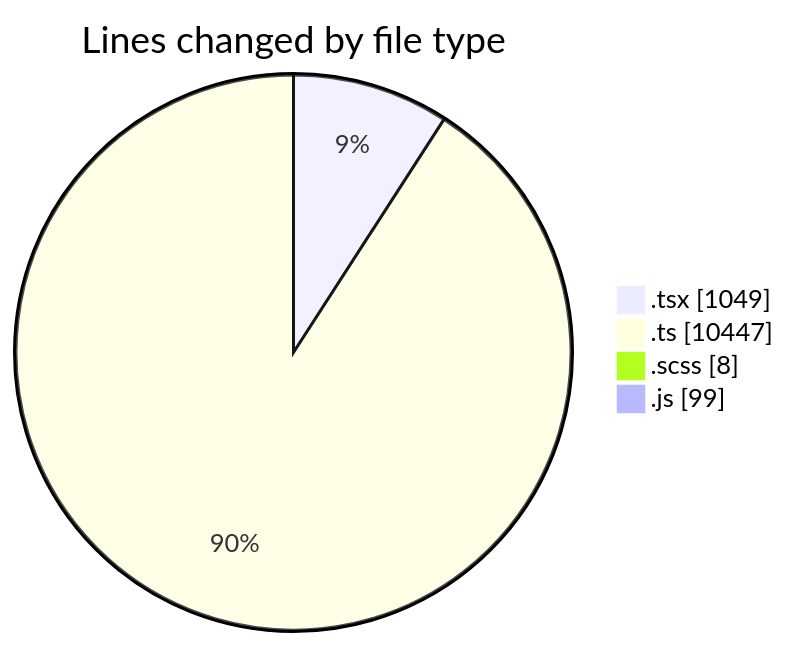
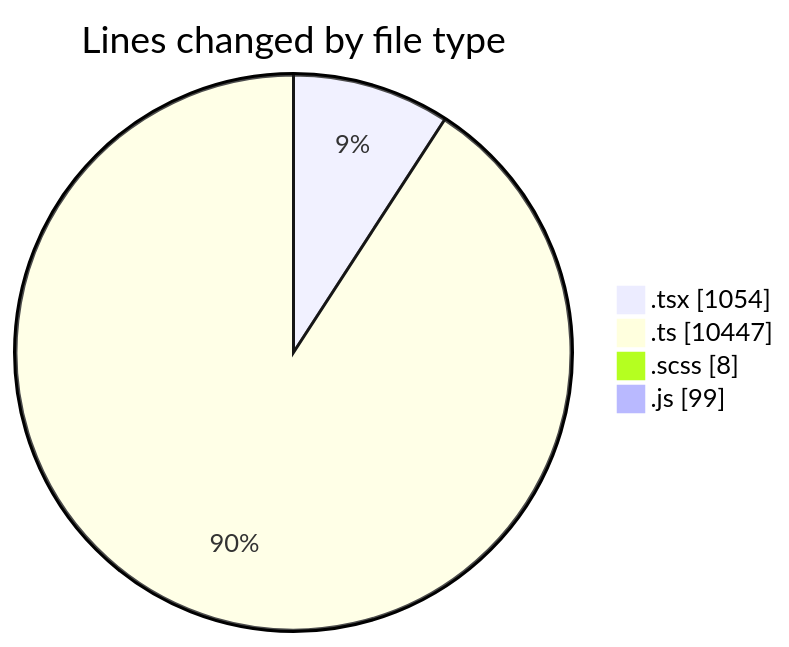
One commit to momahboobian/code-tracking changed the first of 2 diagrams in 2025-03-26/cda/README.md. Above: the diagram before and after it, drawn with Mermaid. The commit also changed other lines of this file and 1 other file, not shown here.

````diff
--- a/2025-03-26/cda/README.md
+++ b/2025-03-26/cda/README.md
@@ -41,8 +41,8 @@
 ```mermaid
 pie showData
 title Lines changed by file type
-".tsx" : 1049
+".tsx" : 1054
 ".ts" : 10447
 ".scss" : 8
 ".js" : 99
 ```
````
